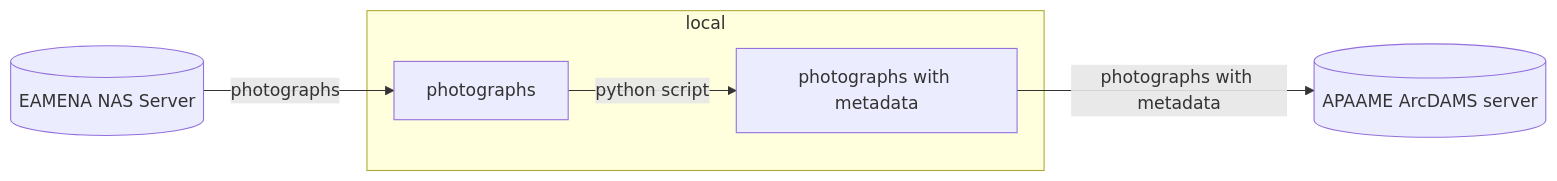
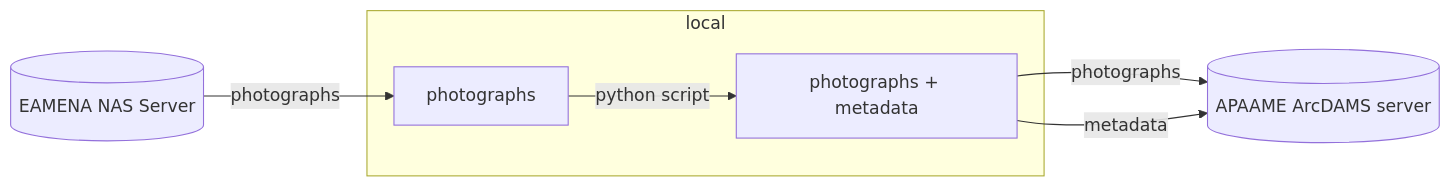
The diagram in projects/apaame-photos/README.md (eamena-project/eamena-arches-dev), drawn with Mermaid before and after one commit.

Commit message:
exif+xmp

````diff
--- a/projects/apaame-photos/README.md
+++ b/projects/apaame-photos/README.md
@@ -7,8 +7,9 @@
 ```mermaid
 flowchart LR
     A[(EAMENA NAS Server)] --photographs--> B[photographs];
     subgraph local
-    B --python script--> C[photographs with metadata];
+    B --python script--> C[photographs + metadata];
     end
-    C --photographs with metadata--> D[(APAAME ArcDAMS server)]; 
+    C --photographs--> D[(APAAME ArcDAMS server)]; 
+    C --metadata--> D[(APAAME ArcDAMS server)]; 
 ```
````
